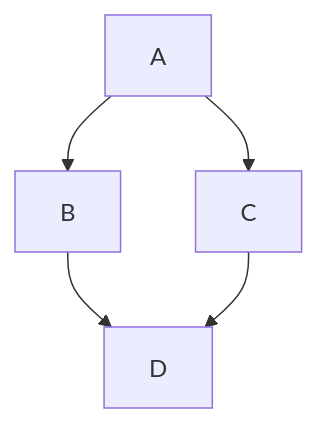
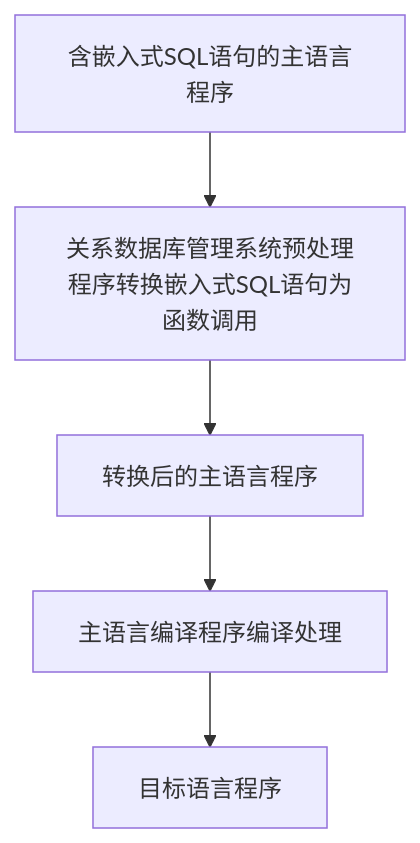
The diagram in README.md (tony151364/Datebase-learning), drawn with Mermaid before and after one commit.

````diff
--- a/README.md
+++ b/README.md
@@ -21,7 +21,7 @@
 ```mermaid
 flowchart TD; 
-    A-->B; 
-    A-->C; 
-    B-->D; 
-    C-->D;
+    A[含嵌入式SQL语句的主语言程序] --> B[关系数据库管理系统预处理程序转换嵌入式SQL语句为函数调用]; 
+    B-->C[转换后的主语言程序]; 
+    C-->D[主语言编译程序编译处理]; 
+    D-->E[目标语言程序];
 ```
````
